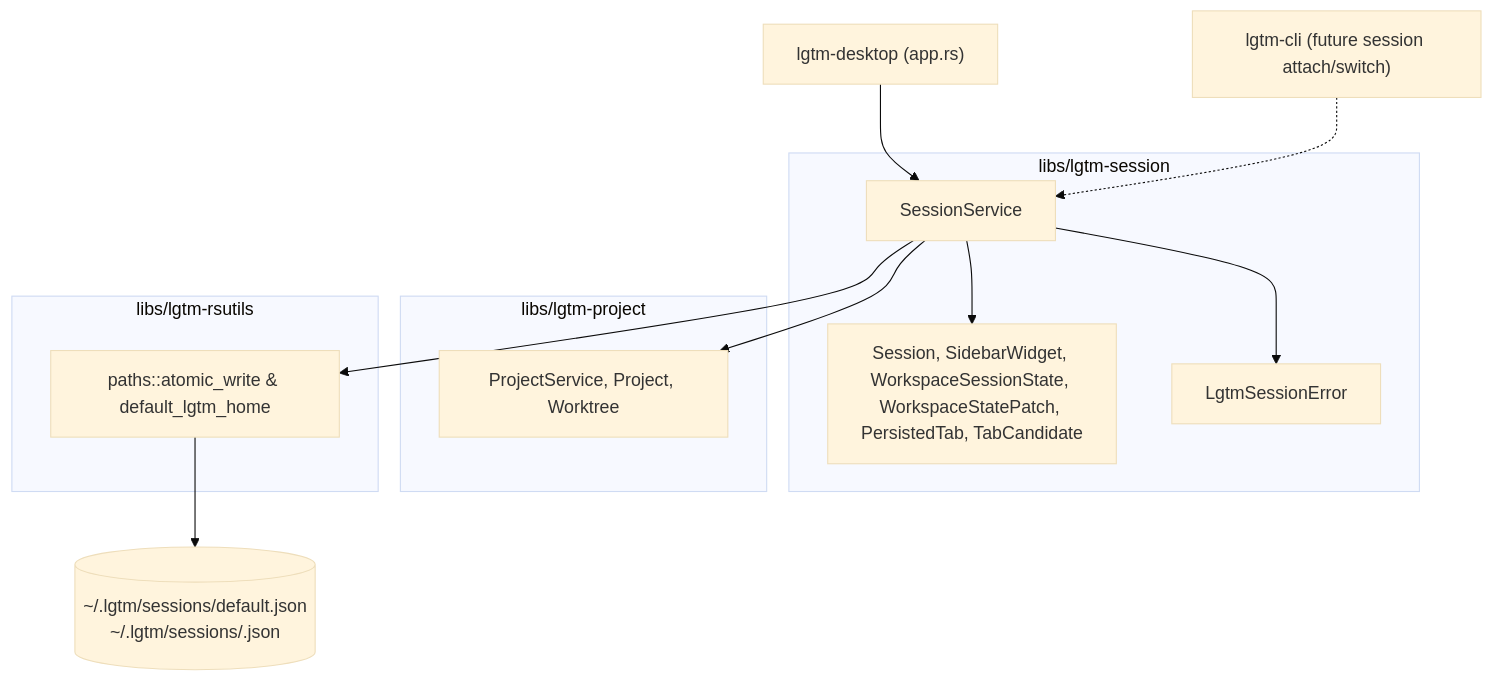
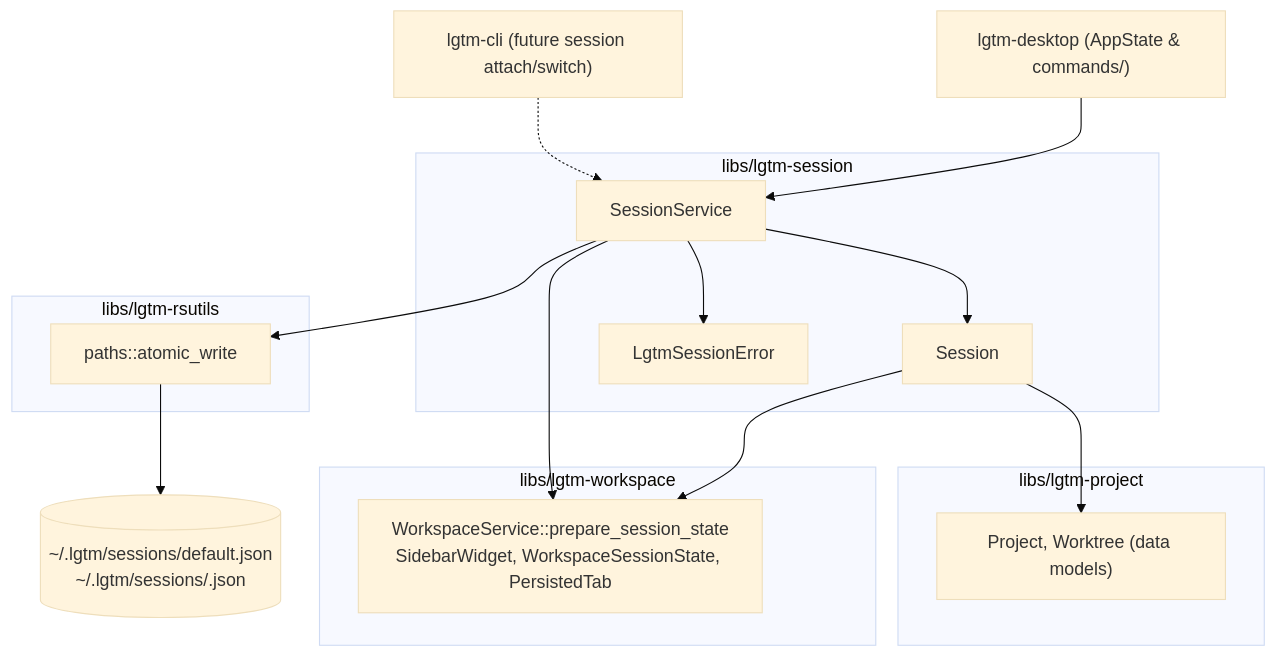
One commit to difflab-io/lgtm changed the first of 4 diagrams in docs/architecture/session/index.md. Above: the diagram before and after it, drawn with Mermaid (base theme). The commit also changed other lines of this file and 17 other files, not shown here.

First line of the commit message:
refactor(session,desktop,rsutils,docs): orchestrate projects in desktop host and sync docs

````diff
--- a/docs/architecture/session/index.md
+++ b/docs/architecture/session/index.md
@@ -27,27 +27,33 @@
 ```mermaid
 flowchart TB
-    DESKTOP["lgtm-desktop (app.rs)"]
+    DESKTOP["lgtm-desktop (AppState & commands/)"]
     CLI["lgtm-cli (future session attach/switch)"]
 
     subgraph SessionLib["libs/lgtm-session"]
         SVC["SessionService"]
-        MODELS["Session, SidebarWidget, WorkspaceSessionState, WorkspaceStatePatch, PersistedTab, TabCandidate"]
+        MODELS["Session"]
         ERR["LgtmSessionError"]
         SVC --> MODELS
         SVC --> ERR
     end
 
+    subgraph WorkspaceLib["libs/lgtm-workspace"]
+        WS["WorkspaceService::prepare_session_state\nSidebarWidget, WorkspaceSessionState, PersistedTab"]
+    end
+
     subgraph ProjectLib["libs/lgtm-project"]
-        PROJ["ProjectService, Project, Worktree"]
+        PROJ["Project, Worktree (data models)"]
     end
 
     subgraph RsUtils["libs/lgtm-rsutils"]
-        ATOMIC["paths::atomic_write & default_lgtm_home"]
+        ATOMIC["paths::atomic_write"]
     end
 
     DESKTOP --> SVC
     CLI -.-> SVC
-    SVC --> PROJ
+    SVC --> WS
+    MODELS --> PROJ
+    MODELS --> WS
     SVC --> ATOMIC
     ATOMIC --> DISK[("~/.lgtm/sessions/default.json\n~/.lgtm/sessions/<name>.json")]
 ```
````
